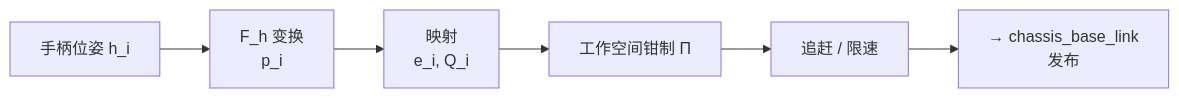
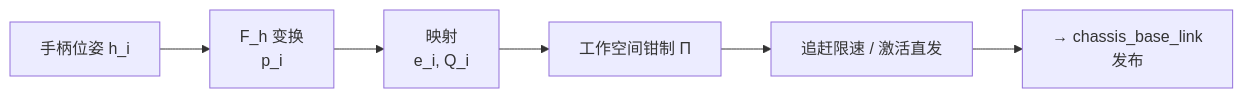
The fifth of 6 diagrams in lookie_teleop/docs/vr_teleop_dev_design.zh-CN.md (AgilexOpensource/lookie_ros), drawn with Mermaid before and after one commit. The commit also changed other lines of this file and 23 other files, not shown here.

````diff
--- a/lookie_teleop/docs/vr_teleop_dev_design.zh-CN.md
+++ b/lookie_teleop/docs/vr_teleop_dev_design.zh-CN.md
@@ -368,4 +373,4 @@
 ```mermaid
 flowchart LR
-    A["手柄位姿 h_i"] --> B["F_h 变换<br/>p_i"] --> C["映射<br/>e_i, Q_i"] --> D["工作空间钳制 Π"] --> E["追赶 / 限速"] --> G["→ chassis_base_link<br/>发布"]
+    A["手柄位姿 h_i"] --> B["F_h 变换<br/>p_i"] --> C["映射<br/>e_i, Q_i"] --> D["工作空间钳制 Π"] --> E["追赶限速 / 激活直发"] --> G["→ chassis_base_link<br/>发布"]
 ```
````
